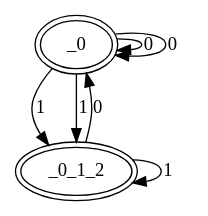
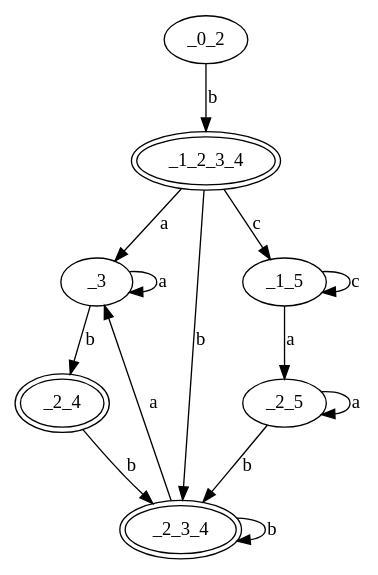
The diagram in src v2/determinizedGraph.dot (MoussTach/univ-lr__Compilation__TEA), drawn with Graphviz before and after one commit. The commit also changed 1 other file, not shown here.

```diff
--- a/src v2/determinizedGraph.dot
+++ b/src v2/determinizedGraph.dot
@@ -1,10 +1,18 @@
 digraph G {
-_0->_0 [label="0"]
-_0->_0_1_2 [label="1"]
-_0->_0 [label="0"]
-_0->_0_1_2 [label="1"]
-_0_1_2->_0 [label="0"]
-_0_1_2->_0_1_2 [label="1"]
-_0 [peripheries=2]
-_0_1_2 [peripheries=2]
+_0_2->_1_2_3_4 [label="b"]
+_1_2_3_4->_3 [label="a"]
+_1_2_3_4->_2_3_4 [label="b"]
+_1_2_3_4->_1_5 [label="c"]
+_3->_3 [label="a"]
+_3->_2_4 [label="b"]
+_2_3_4->_3 [label="a"]
+_2_3_4->_2_3_4 [label="b"]
+_1_5->_2_5 [label="a"]
+_1_5->_1_5 [label="c"]
+_2_4->_2_3_4 [label="b"]
+_2_5->_2_5 [label="a"]
+_2_5->_2_3_4 [label="b"]
+_1_2_3_4 [peripheries=2]
+_2_3_4 [peripheries=2]
+_2_4 [peripheries=2]
 }
```
